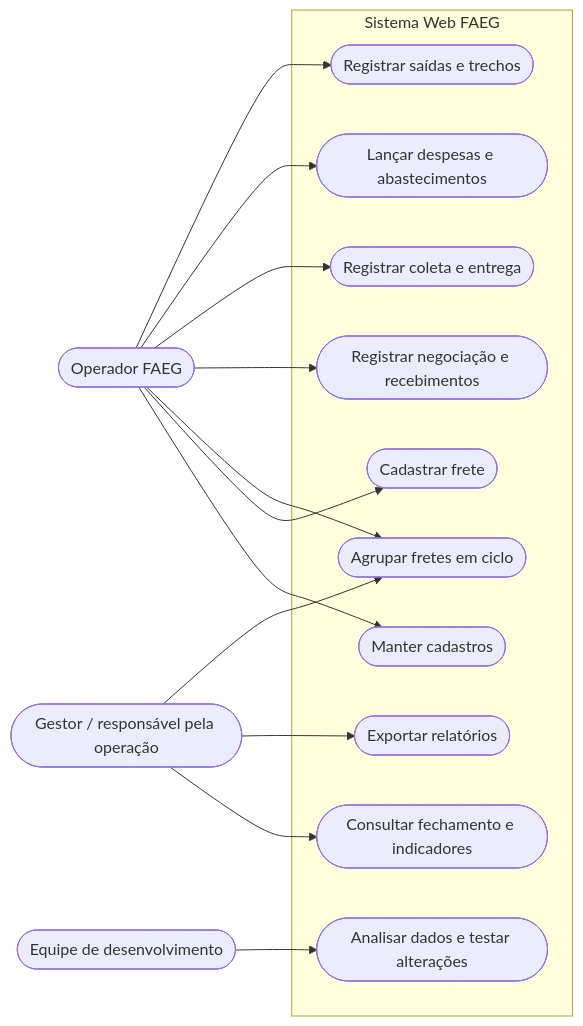
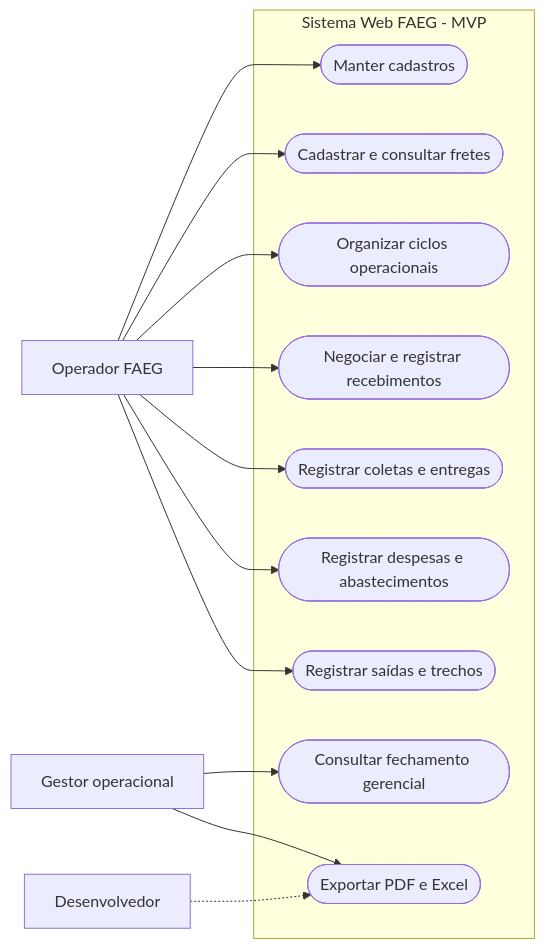
Before and after one commit to felpontes98/faeg-logistica-app: the diagram in docs/diagramas/casos_uso.md, drawn with Mermaid. The commit also changed other lines of this file and 21 other files, not shown here.

Commit message:
Docs: auditoria final, correcao dos diagramas e preparacao para banca

````diff
--- a/docs/diagramas/casos_uso.md
+++ b/docs/diagramas/casos_uso.md
@@ -5,29 +5,27 @@
 ```mermaid
 flowchart LR
-    O([Operador FAEG])
-    G([Gestor / responsável pela operação])
-    T([Equipe de desenvolvimento])
-    subgraph SYS["Sistema Web FAEG"]
-        UC1([Manter cadastros])
-        UC2([Cadastrar frete])
-        UC3([Agrupar fretes em ciclo])
-        UC4([Registrar negociação e recebimentos])
-        UC5([Registrar coleta e entrega])
-        UC6([Lançar despesas e abastecimentos])
-        UC7([Registrar saídas e trechos])
-        UC8([Consultar fechamento e indicadores])
-        UC9([Exportar relatórios])
-        UC10([Analisar dados e testar alterações])
+    OP["Operador FAEG"]
+    GP["Gestor operacional"]
+    DV["Desenvolvedor"]
+    subgraph SYS["Sistema Web FAEG - MVP"]
+        C1(["Manter cadastros"])
+        C2(["Cadastrar e consultar fretes"])
+        C3(["Organizar ciclos operacionais"])
+        C4(["Negociar e registrar recebimentos"])
+        C5(["Registrar coletas e entregas"])
+        C6(["Registrar despesas e abastecimentos"])
+        C7(["Registrar saídas e trechos"])
+        C8(["Consultar fechamento gerencial"])
+        C9(["Exportar PDF e Excel"])
     end
-    O --> UC1
-    O --> UC2
-    O --> UC3
-    O --> UC4
-    O --> UC5
-    O --> UC6
-    O --> UC7
-    G --> UC8
-    G --> UC9
-    G --> UC3
-    T --> UC10
+    OP --> C1
+    OP --> C2
+    OP --> C3
+    OP --> C4
+    OP --> C5
+    OP --> C6
+    OP --> C7
+    GP --> C8
+    GP --> C9
+    DV -.-> C9
 ```
````
